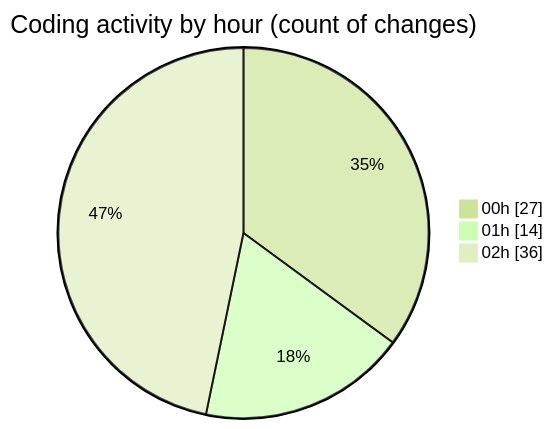
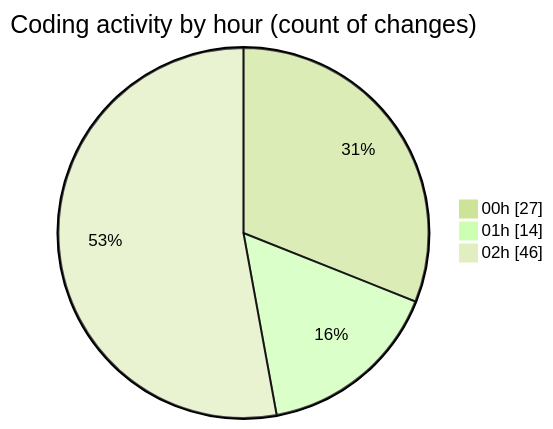
Before and after one commit to lephambinh05/code-tracking: the second of 2 diagrams in 2025-07-17/nhahang/README.md, drawn with Mermaid (forest theme). The commit also changed other lines of this file and 1 other file, not shown here.

````diff
--- a/2025-07-17/nhahang/README.md
+++ b/2025-07-17/nhahang/README.md
@@ -57,7 +57,7 @@
 ```mermaid
 pie showData
 title Coding activity by hour (count of changes)
 "00h" : 27
 "01h" : 14
-"02h" : 36
+"02h" : 46
 ```
````
